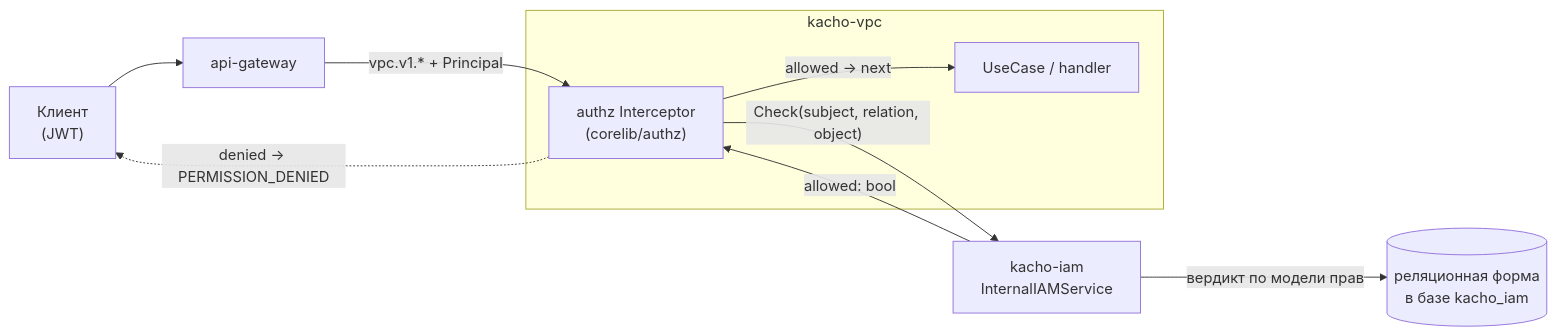
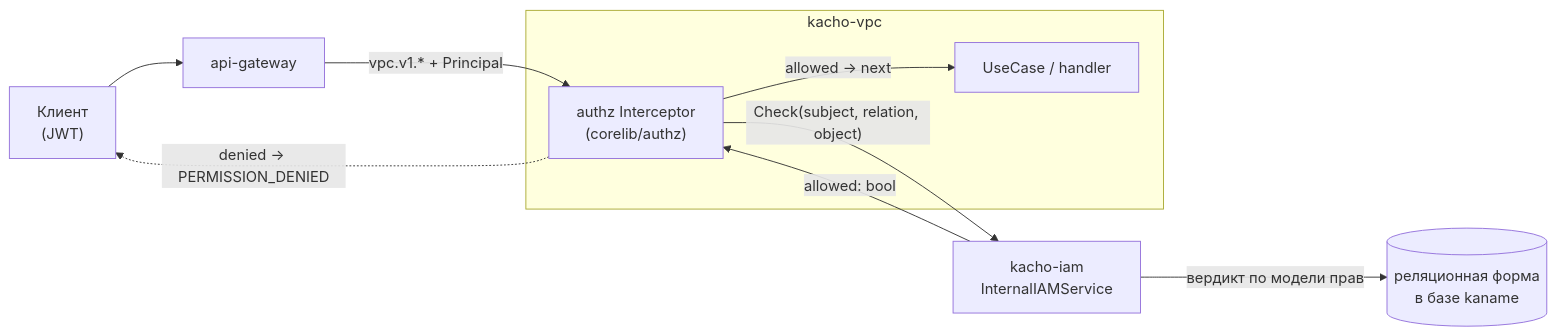
The first of 3 diagrams in services/vpc/docs/content/architecture/authz.mdx (PRO-Robotech/kacho), drawn with Mermaid before and after one commit. The commit also changed other lines of this file and 700 other files, not shown here.

First line of the commit message:
refactor(iam): схема Postgres названа именем своего продукта

````diff
--- a/services/vpc/docs/content/architecture/authz.mdx
+++ b/services/vpc/docs/content/architecture/authz.mdx
@@ -36,14 +36,14 @@
 ```mermaid
 flowchart LR
   cli["Клиент<br/>(JWT)"] --> agw["api-gateway"]
   agw -->|"vpc.v1.* + Principal"| icpt
   subgraph vpc["kacho-vpc"]
     icpt["authz Interceptor<br/>(corelib/authz)"]
     uc["UseCase / handler"]
   end
   icpt -->|"Check(subject, relation, object)"| iam["kacho-iam<br/>InternalIAMService"]
-  iam -->|"вердикт по модели прав"| rel[("реляционная форма<br/>в базе kacho_iam")]
+  iam -->|"вердикт по модели прав"| rel[("реляционная форма<br/>в базе kaname")]
   iam -->|"allowed: bool"| icpt
   icpt -->|"allowed → next"| uc
   icpt -. "denied → PERMISSION_DENIED" .-> cli
 ```
````
